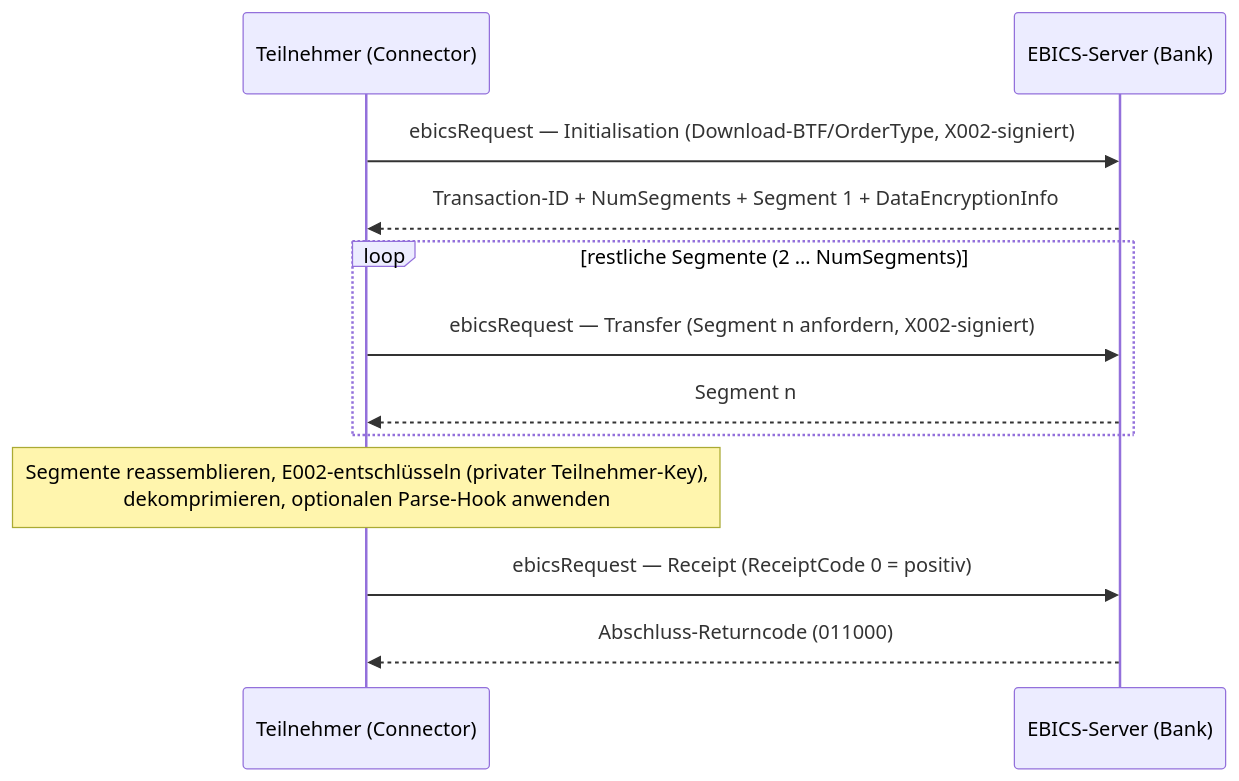
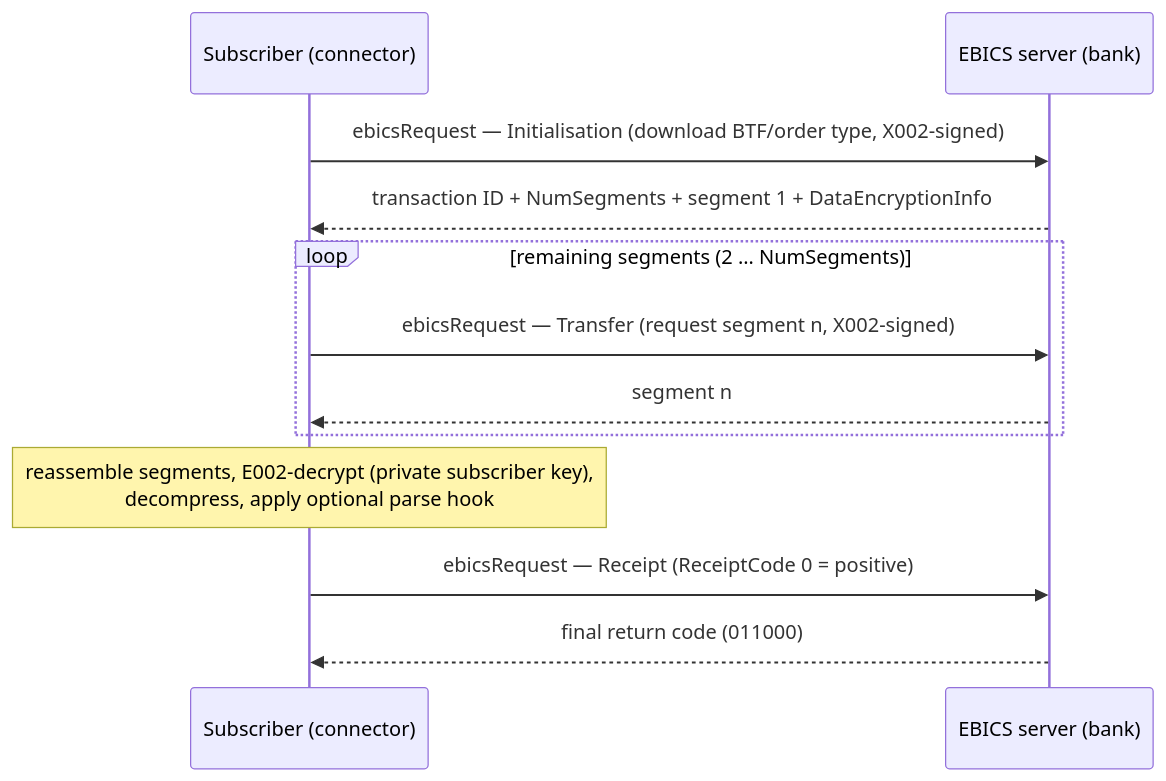
Before and after one commit to dominikz98/ebico: the diagram in docs/connector/download.md, drawn with Mermaid. The commit also changed other lines of this file and 59 other files, not shown here.

````diff
--- a/docs/connector/download.md
+++ b/docs/connector/download.md
@@ -29,14 +28,14 @@
 ```mermaid
 sequenceDiagram
-    participant C as Teilnehmer (Connector)
-    participant S as EBICS-Server (Bank)
-    C->>S: ebicsRequest — Initialisation (Download-BTF/OrderType, X002-signiert)
-    S-->>C: Transaction-ID + NumSegments + Segment 1 + DataEncryptionInfo
-    loop restliche Segmente (2 … NumSegments)
-        C->>S: ebicsRequest — Transfer (Segment n anfordern, X002-signiert)
-        S-->>C: Segment n
+    participant C as Subscriber (connector)
+    participant S as EBICS server (bank)
+    C->>S: ebicsRequest — Initialisation (download BTF/order type, X002-signed)
+    S-->>C: transaction ID + NumSegments + segment 1 + DataEncryptionInfo
+    loop remaining segments (2 … NumSegments)
+        C->>S: ebicsRequest — Transfer (request segment n, X002-signed)
+        S-->>C: segment n
     end
-    Note over C: Segmente reassemblieren, E002-entschlüsseln (privater Teilnehmer-Key),<br/>dekomprimieren, optionalen Parse-Hook anwenden
-    C->>S: ebicsRequest — Receipt (ReceiptCode 0 = positiv)
-    S-->>C: Abschluss-Returncode (011000)
+    Note over C: reassemble segments, E002-decrypt (private subscriber key),<br/>decompress, apply optional parse hook
+    C->>S: ebicsRequest — Receipt (ReceiptCode 0 = positive)
+    S-->>C: final return code (011000)
 ```
````
